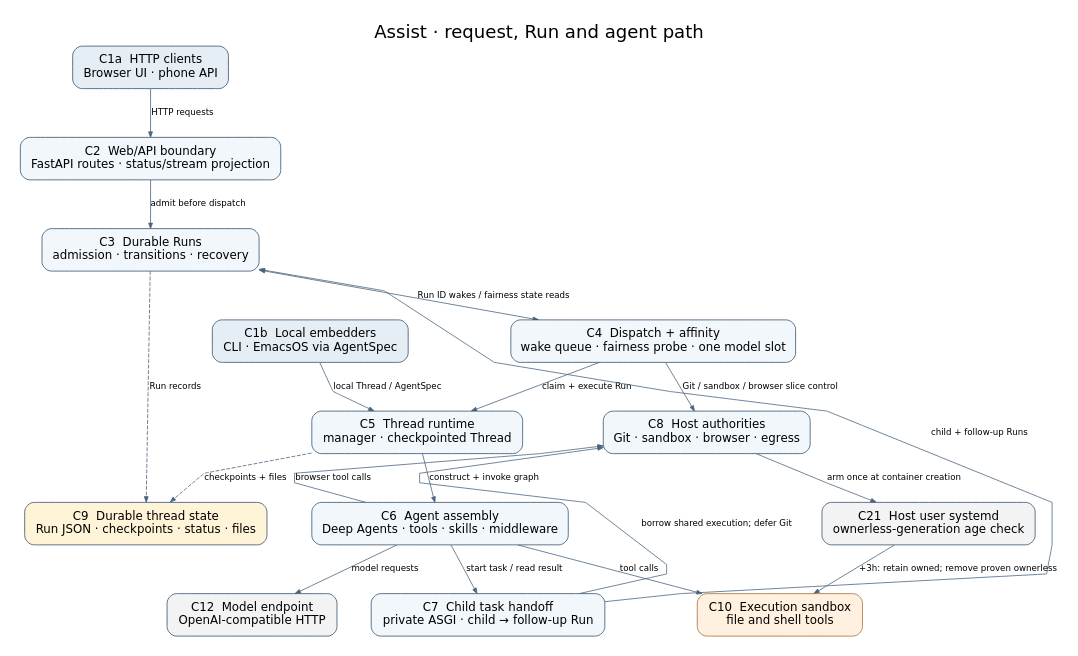
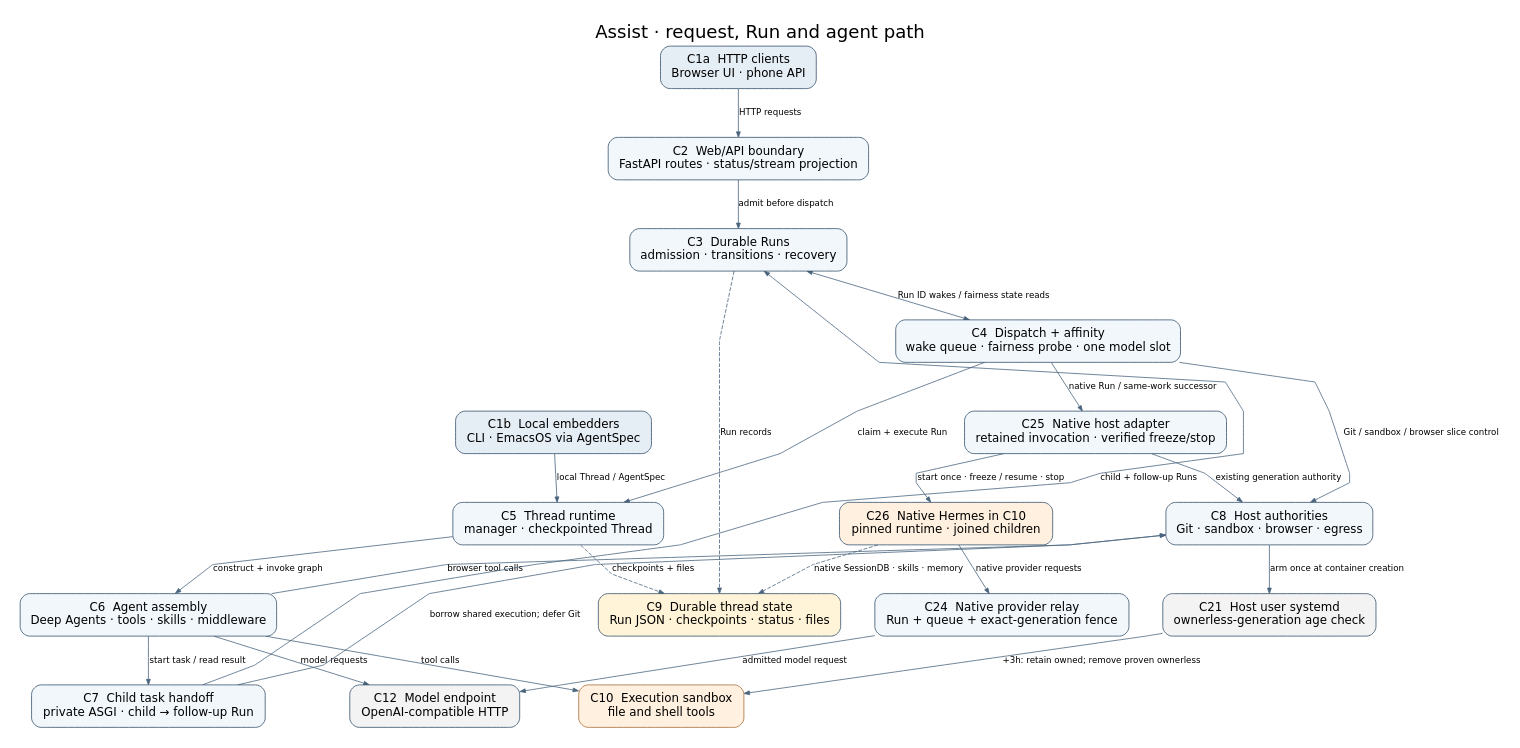
One commit to pierrel/assist changed the diagram in docs/architecture.dot. Above: the diagram before and after it, drawn with Graphviz. The commit also changed 31 other files, not shown here.

First line of the commit message:
Run pinned native Hermes with retained fair scheduling

```diff
--- a/docs/architecture.dot
+++ b/docs/architecture.dot
@@ -1,48 +1,57 @@
 digraph Assist {
   graph [label="Assist · request, Run and agent path", labelloc=t,
          fontname="DejaVu Sans", fontsize=23, bgcolor="white",
          rankdir=TB, pad=0.25, nodesep=0.6, ranksep=0.68,
          splines=polyline, outputorder=edgesfirst];
   node [shape=box, style="rounded,filled", color="#34506a",
         fillcolor="#f2f7fc", fontname="DejaVu Sans", fontsize=15,
         margin="0.19,0.14"];
   edge [fontname="DejaVu Sans", fontsize=11, color="#49647d",
         arrowsize=0.7];
 
   C1a [label="C1a  HTTP clients\nBrowser UI · phone API",
        fillcolor="#e5edf5"];
   C1b [label="C1b  Local embedders\nCLI · EmacsOS via AgentSpec",
        fillcolor="#e5edf5"];
   C2 [label="C2  Web/API boundary\nFastAPI routes · status/stream projection"];
   C3 [label="C3  Durable Runs\nadmission · transitions · recovery"];
   C4 [label="C4  Dispatch + affinity\nwake queue · fairness probe · one model slot"];
   C5 [label="C5  Thread runtime\nmanager · checkpointed Thread"];
   C6 [label="C6  Agent assembly\nDeep Agents · tools · skills · middleware"];
   C7 [label="C7  Child task handoff\nprivate ASGI · child → follow-up Run"];
   C8 [label="C8  Host authorities\nGit · sandbox · browser · egress"];
   C9 [label="C9  Durable thread state\nRun JSON · checkpoints · status · files",
       fillcolor="#fff4d7"];
   C10 [label="C10  Execution sandbox\nfile and shell tools", fillcolor="#fff0df",
        color="#a46b36"];
   C12 [label="C12  Model endpoint\nOpenAI-compatible HTTP",
        fillcolor="#f3f3f3"];
   C21 [label="C21  Host user systemd\nownerless-generation age check", fillcolor="#f3f3f3"];
+  C25 [label="C25  Native host adapter\nretained invocation · verified freeze/stop"];
+  C24 [label="C24  Native provider relay\nRun + queue + exact-generation fence"];
+  C26 [label="C26  Native Hermes in C10\npinned runtime · joined children", fillcolor="#fff0df"];
 
   C1a -> C2 [label="HTTP requests"];
   C2 -> C3 [label="admit before dispatch"];
   C3 -> C4 [label="Run ID wakes / fairness state reads", dir=both];
   C4 -> C5 [label="claim + execute Run"];
   C1b -> C5 [label="local Thread / AgentSpec"];
   C5 -> C6 [label="construct + invoke graph"];
   C6 -> C7 [label="start task / read result"];
   C7 -> C3 [label="child + follow-up Runs", constraint=false];
   C7 -> C8 [label="borrow shared execution; defer Git", constraint=false];
   C4 -> C8 [label="Git / sandbox / browser slice control"];
   C8 -> C21 [label="arm once at container creation"];
   C21 -> C10 [label="+3h: retain owned; remove proven ownerless"];
   C6 -> C8 [label="browser tool calls", constraint=false];
   C3 -> C9 [label="Run records", style=dashed];
   C5 -> C9 [label="checkpoints + files", style=dashed];
   C6 -> C10 [label="tool calls"];
   C6 -> C12 [label="model requests"];
+  C4 -> C25 [label="native Run / same-work successor"];
+  C25 -> C8 [label="existing generation authority"];
+  C25 -> C26 [label="start once · freeze / resume · stop"];
+  C26 -> C24 [label="native provider requests"];
+  C24 -> C12 [label="admitted model request"];
+  C26 -> C9 [label="native SessionDB · skills · memory", style=dashed];
 }
```
